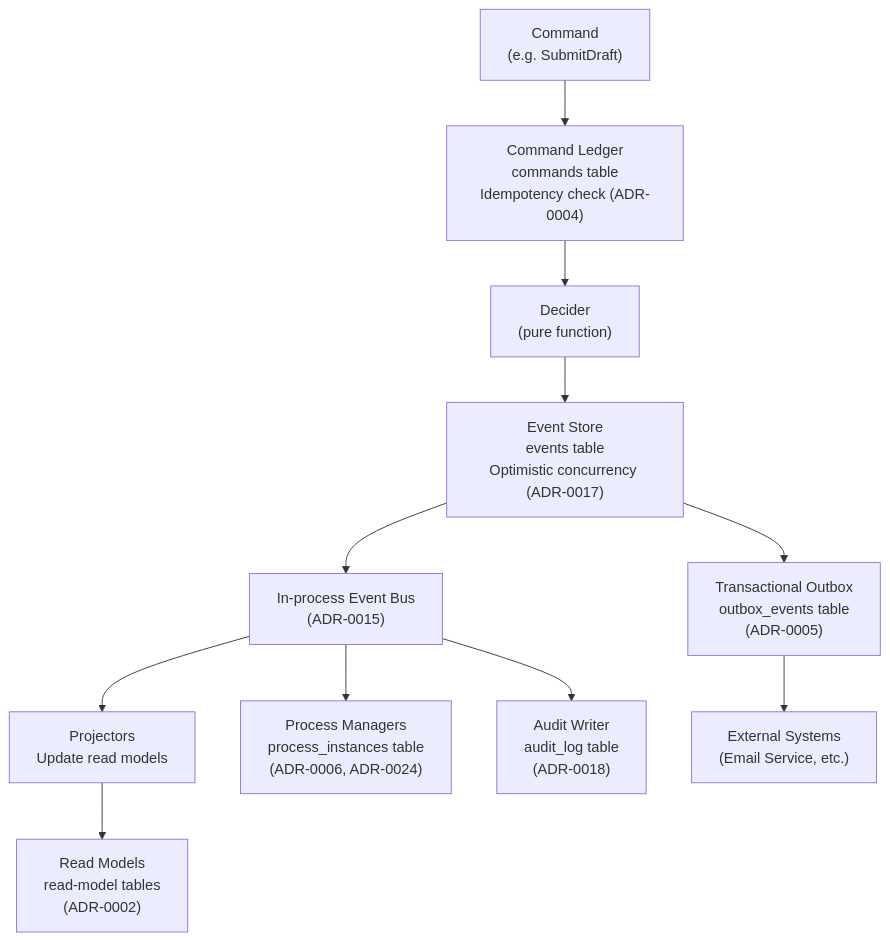
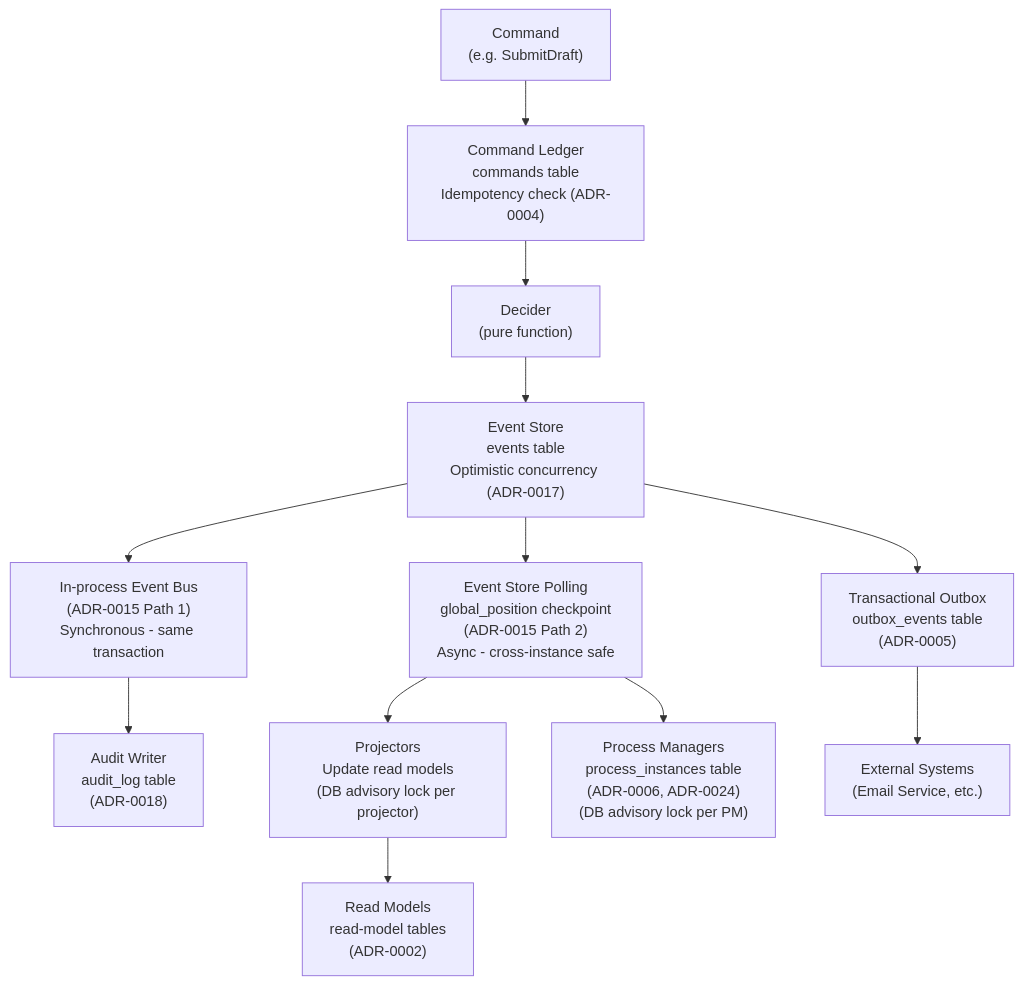
The third of 5 diagrams in 04a-legal-facts/docs/10-architecture.md (rorycawley/es-lab), drawn with Mermaid before and after one commit. The commit also changed other lines of this file and 5 other files, not shown here.

````diff
--- a/04a-legal-facts/docs/10-architecture.md
+++ b/04a-legal-facts/docs/10-architecture.md
@@ -120,13 +126,14 @@
 ```mermaid
 flowchart TD
     CMD["Command\n(e.g. SubmitDraft)"] --> CL["Command Ledger\ncommands table\nIdempotency check (ADR-0004)"]
     CL --> DEC["Decider\n(pure function)"]
     DEC --> ES["Event Store\nevents table\nOptimistic concurrency (ADR-0017)"]
     ES --> OB["Transactional Outbox\noutbox_events table\n(ADR-0005)"]
-    ES --> BUS["In-process Event Bus\n(ADR-0015)"]
-    BUS --> PROJ["Projectors\nUpdate read models"]
-    BUS --> PM["Process Managers\nprocess_instances table\n(ADR-0006, ADR-0024)"]
+    ES --> BUS["In-process Event Bus\n(ADR-0015 Path 1)\nSynchronous - same transaction"]
+    ES --> POLL["Event Store Polling\nglobal_position checkpoint\n(ADR-0015 Path 2)\nAsync - cross-instance safe"]
     BUS --> AL["Audit Writer\naudit_log table\n(ADR-0018)"]
+    POLL --> PROJ["Projectors\nUpdate read models\n(DB advisory lock per projector)"]
+    POLL --> PM["Process Managers\nprocess_instances table\n(ADR-0006, ADR-0024)\n(DB advisory lock per PM)"]
     OB --> EXT["External Systems\n(Email Service, etc.)"]
     PROJ --> RM["Read Models\nread-model tables\n(ADR-0002)"]
 ```
````
